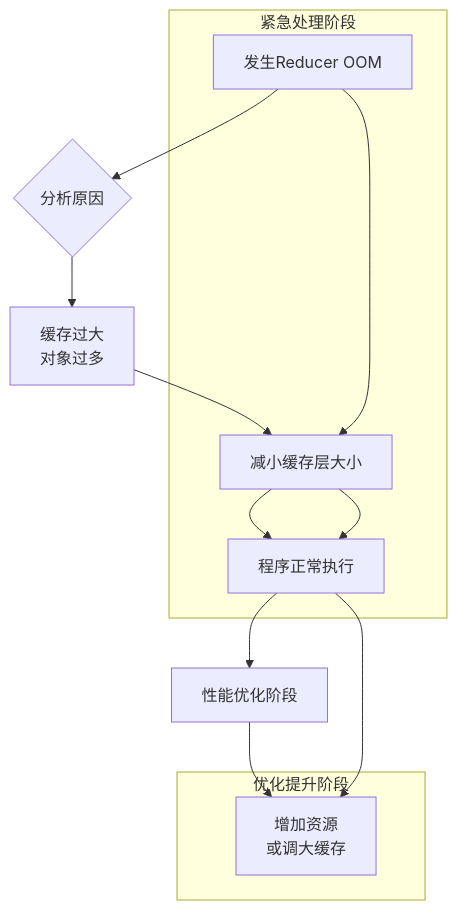
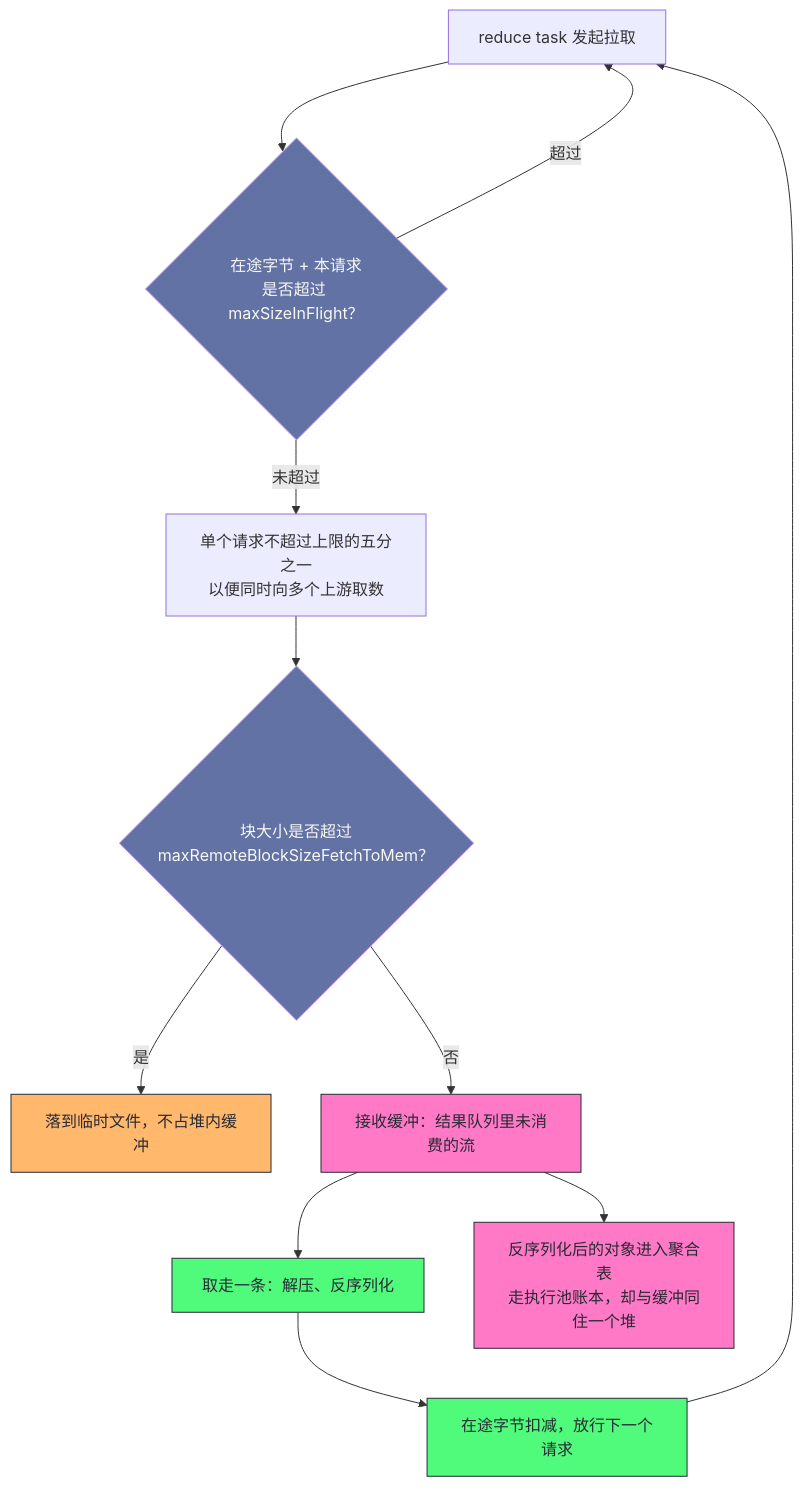
Before and after one commit to hpliStartAgain/my-brain: the fifth of 6 diagrams in content/大数据/Spark/读书笔记-spark内核/06_性能调优实战/7. Spark_Shuffle内存调优.md, drawn with Mermaid. The commit also changed other lines of this file and 259 other files, not shown here.

````diff
--- a/content/大数据/Spark/读书笔记-spark内核/06_性能调优实战/7. Spark_Shuffle内存调优.md
+++ b/content/大数据/Spark/读书笔记-spark内核/06_性能调优实战/7. Spark_Shuffle内存调优.md
@@ -184,17 +403,22 @@
 ```mermaid
+%%{init: {'theme': 'dracula'}}%%
 flowchart TD
-    A["发生Reducer OOM"] --> B{"分析原因"}
-    B --> C["缓存过大<br>对象过多"]
-    C --> D["减小缓存层大小"]
-    D --> E["程序正常执行"]
-    E --> F["性能优化阶段"]
-    F --> G["增加资源<br>或调大缓存"]
-    
-    subgraph "紧急处理阶段"
-        A --> D --> E
-    end
-    
-    subgraph "优化提升阶段"
-        E --> G
-    end
+    A["reduce task 发起拉取"] --> B{"在途字节 + 本请求<br/>是否超过 maxSizeInFlight？"}
+    B -- "超过" --> A
+    B -- "未超过" --> C["单个请求不超过上限的五分之一<br/>以便同时向多个上游取数"]
+    C --> D{"块大小是否超过<br/>maxRemoteBlockSizeFetchToMem？"}
+    D -- "是" --> E["落到临时文件，不占堆内缓冲"]
+    D -- "否" --> F["接收缓冲：结果队列里未消费的流"]
+    F --> G["取走一条：解压、反序列化"]
+    G --> H["在途字节扣减，放行下一个请求"]
+    H --> A
+    F --> I["反序列化后的对象进入聚合表<br/>走执行池账本，却与缓冲同住一个堆"]
+    classDef gate fill:#6272a4,stroke:#bd93f9,color:#f8f8f2
+    classDef mem fill:#ff79c6,stroke:#282a36,color:#282a36
+    classDef disk fill:#ffb86c,stroke:#282a36,color:#282a36
+    classDef ok fill:#50fa7b,stroke:#282a36,color:#282a36
+    class B,D gate
+    class F,I mem
+    class E disk
+    class G,H ok
 ```
````
